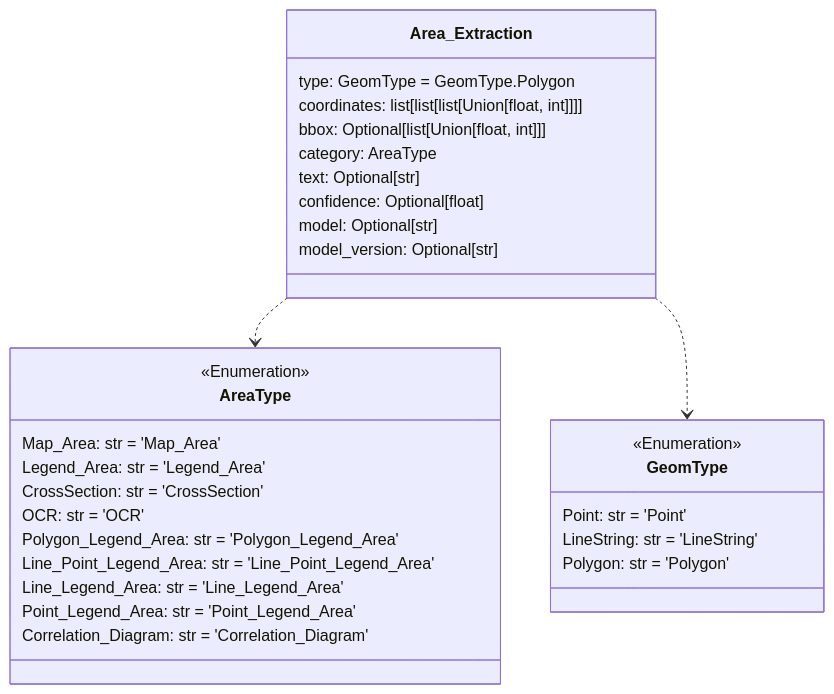
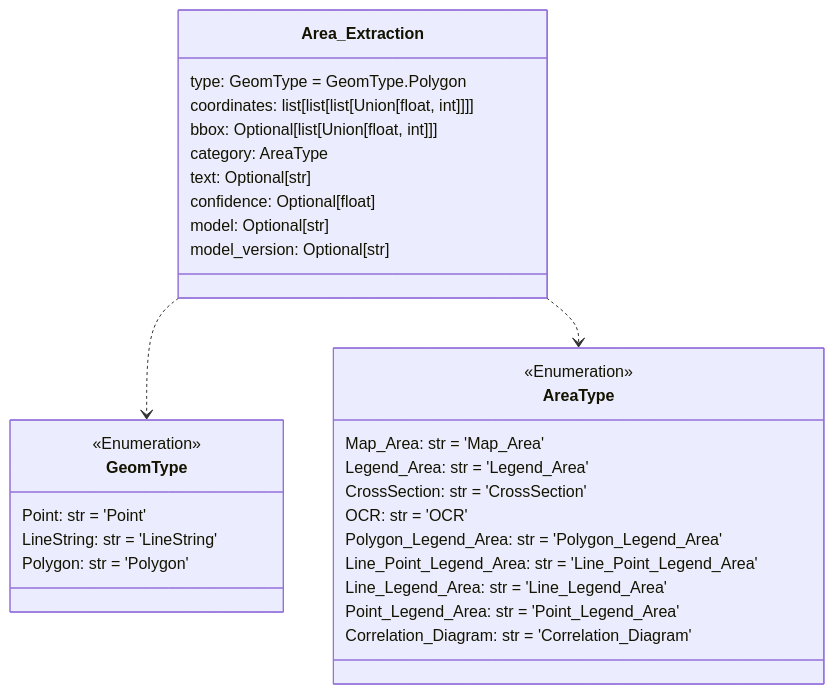
The first of 12 diagrams in README.md (DARPA-CRITICALMAAS/cdr_schemas), drawn with Mermaid before and after one commit. The commit also changed other lines of this file and 2 other files, not shown here.

````diff
--- a/README.md
+++ b/README.md
@@ -50,39 +50,39 @@
 ```mermaid
 classDiagram
-
-    class AreaType {
-        <<Enumeration>>
-        Map_Area: str = 'Map_Area'
-        Legend_Area: str = 'Legend_Area'
-        CrossSection: str = 'CrossSection'
-        OCR: str = 'OCR'
-        Polygon_Legend_Area: str = 'Polygon_Legend_Area'
-        Line_Point_Legend_Area: str = 'Line_Point_Legend_Area'
-        Line_Legend_Area: str = 'Line_Legend_Area'
-        Point_Legend_Area: str = 'Point_Legend_Area'
-        Correlation_Diagram: str = 'Correlation_Diagram'
-    }
 
     class GeomType {
         <<Enumeration>>
         Point: str = 'Point'
         LineString: str = 'LineString'
         Polygon: str = 'Polygon'
     }
 
     class Area_Extraction {
         type: GeomType = GeomType.Polygon
         coordinates: list[list[list[Union[float, int]]]]
         bbox: Optional[list[Union[float, int]]]
         category: AreaType
         text: Optional[str]
         confidence: Optional[float]
         model: Optional[str]
         model_version: Optional[str]
     }
 
+    class AreaType {
+        <<Enumeration>>
+        Map_Area: str = 'Map_Area'
+        Legend_Area: str = 'Legend_Area'
+        CrossSection: str = 'CrossSection'
+        OCR: str = 'OCR'
+        Polygon_Legend_Area: str = 'Polygon_Legend_Area'
+        Line_Point_Legend_Area: str = 'Line_Point_Legend_Area'
+        Line_Legend_Area: str = 'Line_Legend_Area'
+        Point_Legend_Area: str = 'Point_Legend_Area'
+        Correlation_Diagram: str = 'Correlation_Diagram'
+    }
+
+    Area_Extraction ..> GeomType
     Area_Extraction ..> AreaType
-    Area_Extraction ..> GeomType
 
 
 ```
````
